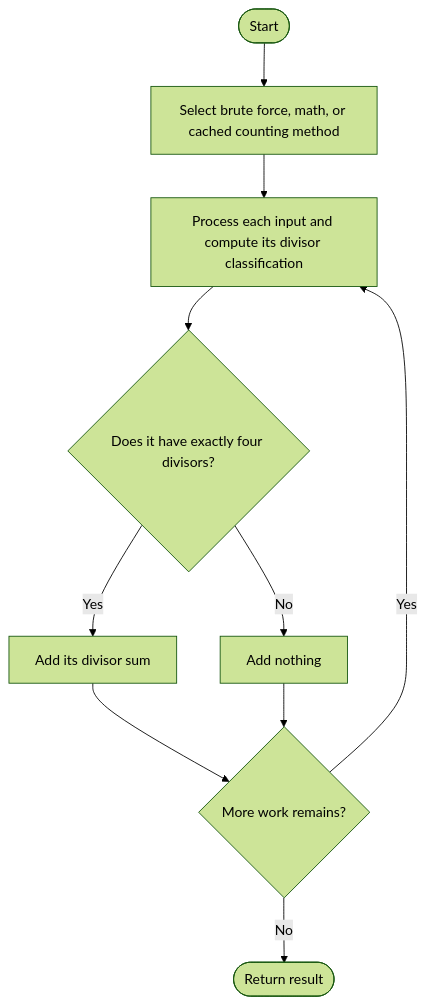
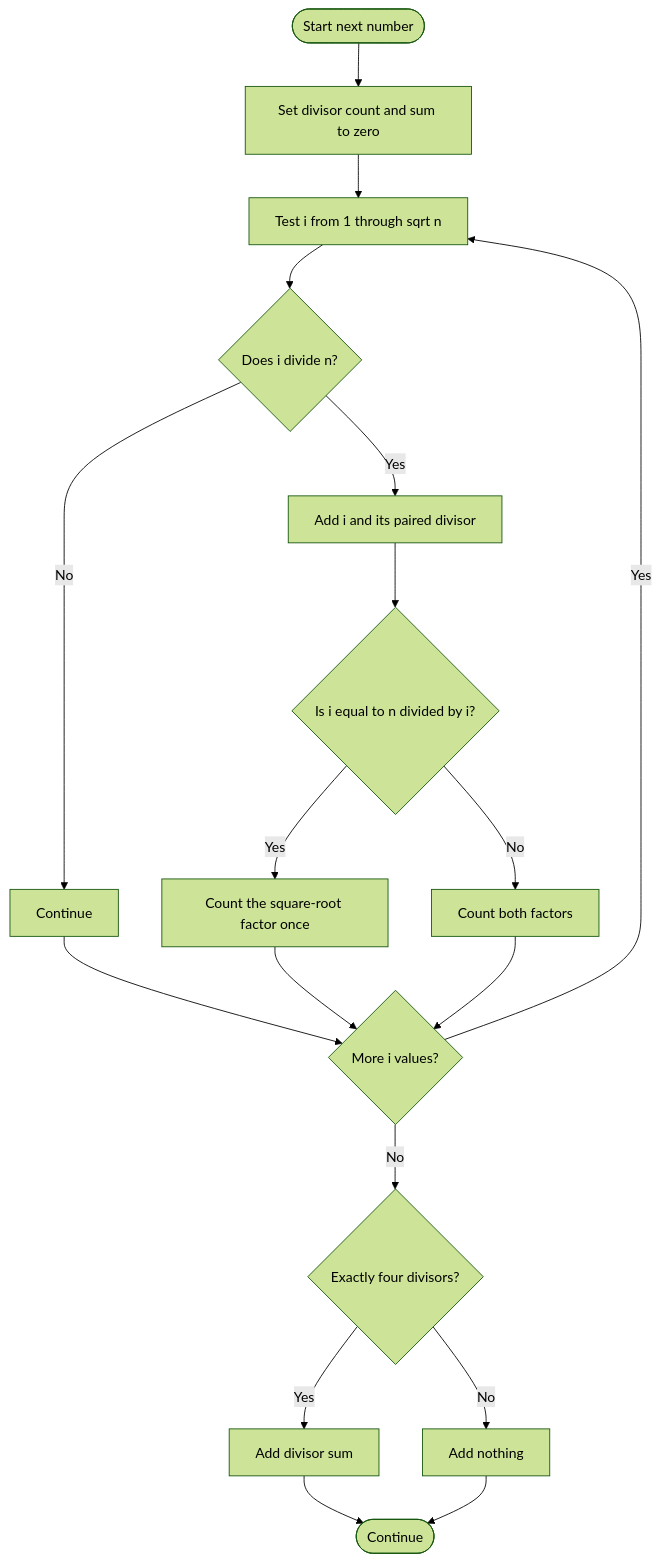
The diagram in LeetCode/1390/README.md (SAIDEEPBHANGE/C-CPP-Codes), drawn with Mermaid (forest theme) before and after one commit. The commit also changed other lines of this file and 196 other files, not shown here.

````diff
--- a/LeetCode/1390/README.md
+++ b/LeetCode/1390/README.md
@@ -13,12 +46,20 @@
 ```mermaid
 flowchart TD
- A([Start]) --> B[Select brute force, math, or cached counting method]
- B --> C[Process each input and compute its divisor classification]
- C --> D{Does it have exactly four divisors?}
- D -- Yes --> E[Add its divisor sum]
- D -- No --> F[Add nothing]
- E --> G{More work remains?}
- F --> G
- G -- Yes --> C
- G -- No --> H([Return result])
+ A([Start next number]) --> B[Set divisor count and sum to zero]
+ B --> C[Test i from 1 through sqrt n]
+ C --> D{Does i divide n?}
+ D -- No --> E[Continue]
+ D -- Yes --> F[Add i and its paired divisor]
+ F --> G{Is i equal to n divided by i?}
+ G -- Yes --> H[Count the square-root factor once]
+ G -- No --> I[Count both factors]
+ E --> J{More i values?}
+ H --> J
+ I --> J
+ J -- Yes --> C
+ J -- No --> K{Exactly four divisors?}
+ K -- Yes --> L[Add divisor sum]
+ K -- No --> M[Add nothing]
+ L --> N([Continue])
+ M --> N
 ```
````
